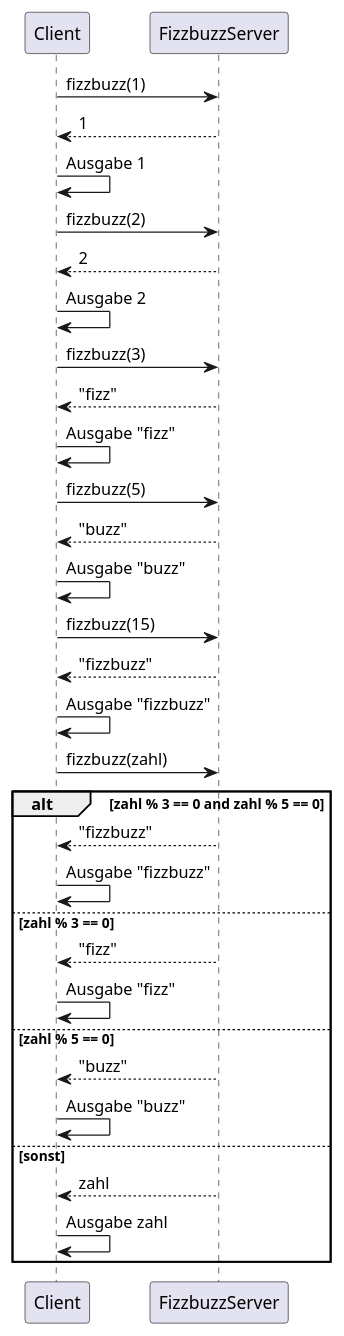
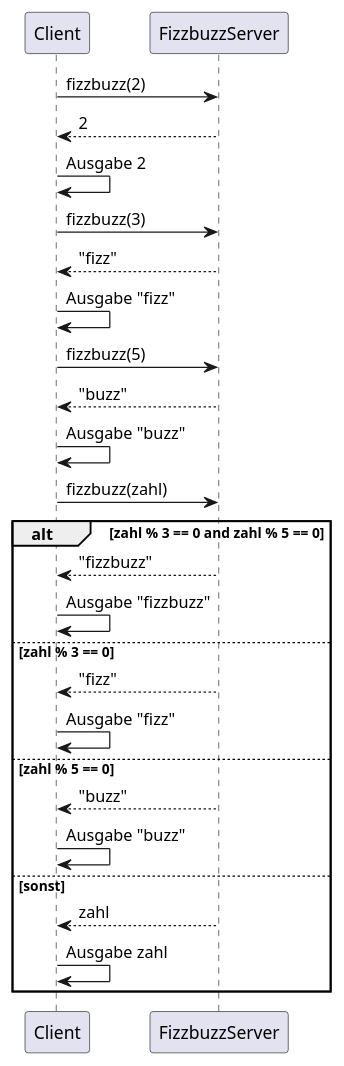
Before and after one commit to pintman/fizzbuzz: the second of 2 diagrams in fizzbuzz.org, drawn with PlantUML. The commit also changed other lines of this file and 3 other files, not shown here.

Commit message:
added class diagram, shortened sequence diagram.

```diff
--- a/fizzbuzz.org
+++ b/fizzbuzz.org
@@ -1612,40 +1612,32 @@
 #+BEGIN_SRC plantuml :file fizzbuzz-seqdiag.png
 @startuml
-Client -> FizzbuzzServer: fizzbuzz(1)
-FizzbuzzServer --> Client: 1
-Client -> Client: Ausgabe 1
-
 Client -> FizzbuzzServer: fizzbuzz(2)
 FizzbuzzServer --> Client: 2
 Client -> Client: Ausgabe 2
 
 Client -> FizzbuzzServer: fizzbuzz(3)
 FizzbuzzServer --> Client: "fizz"
 Client -> Client: Ausgabe "fizz"
 
 Client -> FizzbuzzServer: fizzbuzz(5)
 FizzbuzzServer --> Client: "buzz"
 Client -> Client: Ausgabe "buzz"
-
-Client -> FizzbuzzServer: fizzbuzz(15)
-FizzbuzzServer --> Client: "fizzbuzz"
-Client -> Client: Ausgabe "fizzbuzz"
 
 Client -> FizzbuzzServer: fizzbuzz(zahl)
 
 alt zahl % 3 == 0 and zahl % 5 == 0
     FizzbuzzServer --> Client: "fizzbuzz"
     Client -> Client: Ausgabe "fizzbuzz"
 else zahl % 3 == 0
     FizzbuzzServer --> Client: "fizz"
     Client -> Client: Ausgabe "fizz"
 else zahl % 5 == 0
     FizzbuzzServer --> Client: "buzz"
     Client -> Client: Ausgabe "buzz"
 else sonst
     FizzbuzzServer --> Client: zahl
     Client -> Client: Ausgabe zahl
 
 end
 @enduml
 #+END_SRC
```
